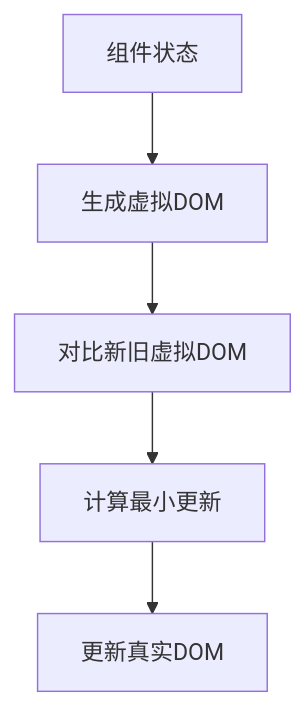
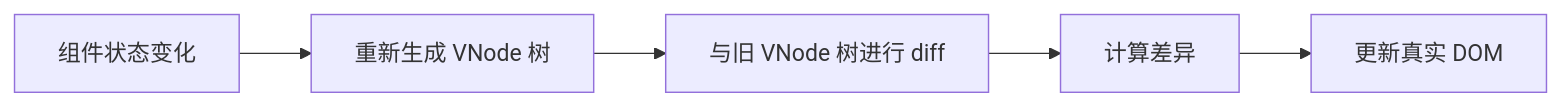
One commit to hzjswlgbsj/blog changed the first of 5 diagrams in vue/渲染机制.md. Above: the diagram before and after it, drawn with Mermaid. The commit also changed other lines of this file and 1 other file, not shown here.

````diff
--- a/vue/渲染机制.md
+++ b/vue/渲染机制.md
@@ -60,7 +52,7 @@
 ```mermaid
-graph TD
-    A[组件状态] --> B[生成虚拟DOM]
-    B --> C[对比新旧虚拟DOM]
-    C --> D[计算最小更新]
-    D --> E[更新真实DOM]
+graph LR
+  A[组件状态变化] --> B[重新生成 VNode 树]
+  B --> C[与旧 VNode 树进行 diff]
+  C --> D[计算差异]
+  D --> E[更新真实 DOM]
 ```
````
